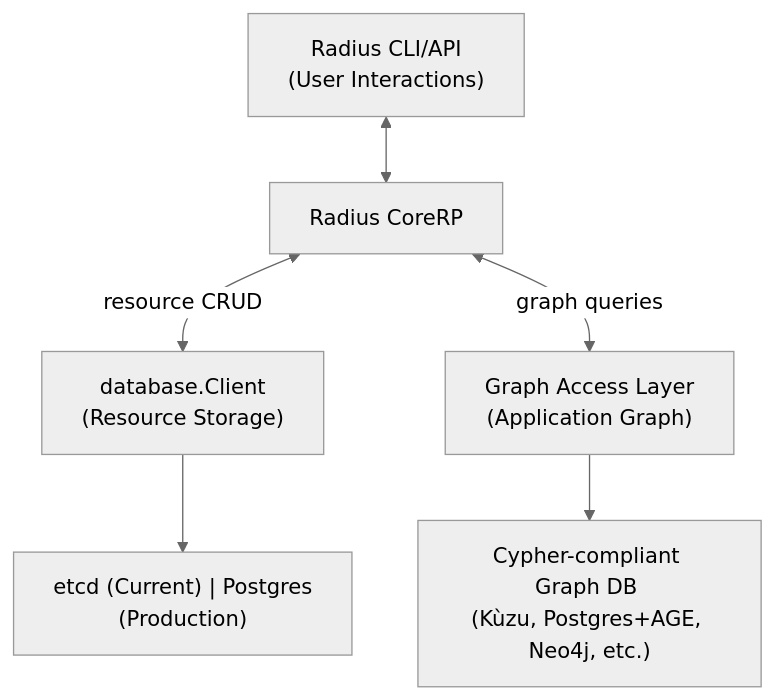
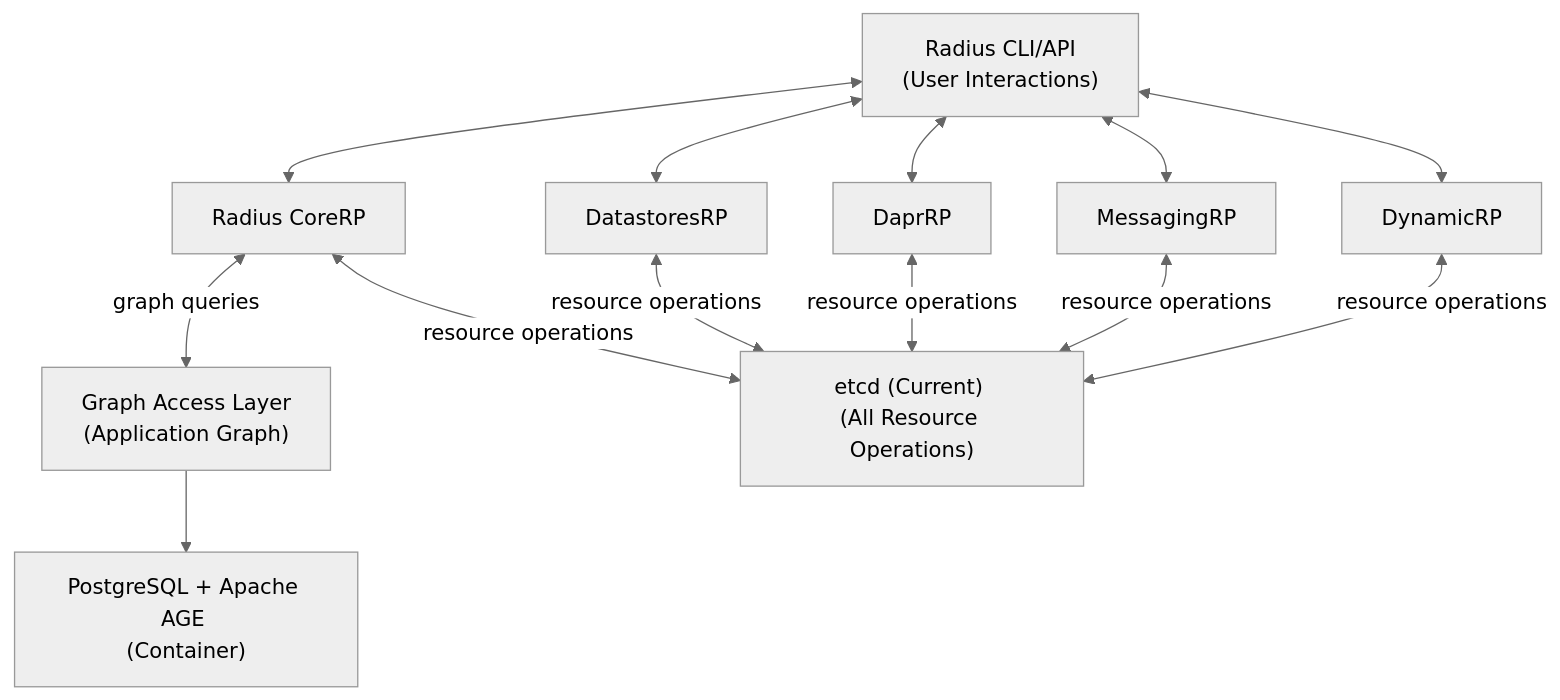
One commit to radius-project/design-notes changed the first of 2 diagrams in architecture/2025-06-non-k8s-controlplane/2025-06-graph-db-replace-planes.md. Above: the diagram before and after it, drawn with Mermaid (neutral theme). The commit also changed other lines of this file, not shown here.

Commit message:
revamp to use postgres + age instead of kuzu.

````diff
--- a/architecture/2025-06-non-k8s-controlplane/2025-06-graph-db-replace-planes.md
+++ b/architecture/2025-06-non-k8s-controlplane/2025-06-graph-db-replace-planes.md
@@ -188,15 +184,27 @@
 ```mermaid
 graph TD
     A["Radius CLI/API <br/>(User Interactions)"]
     B["Radius CoreRP<br/>"]
-    C["database.Client <br/>(Resource Storage)"]
-    D["Graph Access Layer <br/>(Application Graph)"]
-    E1["etcd (Current) | Postgres <br/>(Production)"]
-    F["Cypher-compliant Graph DB <br/>(Kùzu, Postgres+AGE, Neo4j, etc.)"]
+    C["DatastoresRP"]
+    D["DaprRP"]
+    E["MessagingRP"]
+    F["DynamicRP"]
+    G["Graph Access Layer <br/>(Application Graph)"]
+    H["PostgreSQL + Apache AGE <br/>(Container)"]
+    I["etcd (Current) <br/>(All Resource Operations)"]
 
     A <--> B
-    B <-->|"resource CRUD"| C
-    B <-->|"graph queries"| D
-    C --> E1
-    D --> F
+    A <--> C
+    A <--> D
+    A <--> E
+    A <--> F
+    
+    B <-->|"graph queries"| G
+    B <-->|"resource operations"| I
+    C <-->|"resource operations"| I
+    D <-->|"resource operations"| I
+    E <-->|"resource operations"| I
+    F <-->|"resource operations"| I
+    
+    G --> H
 ```
````
